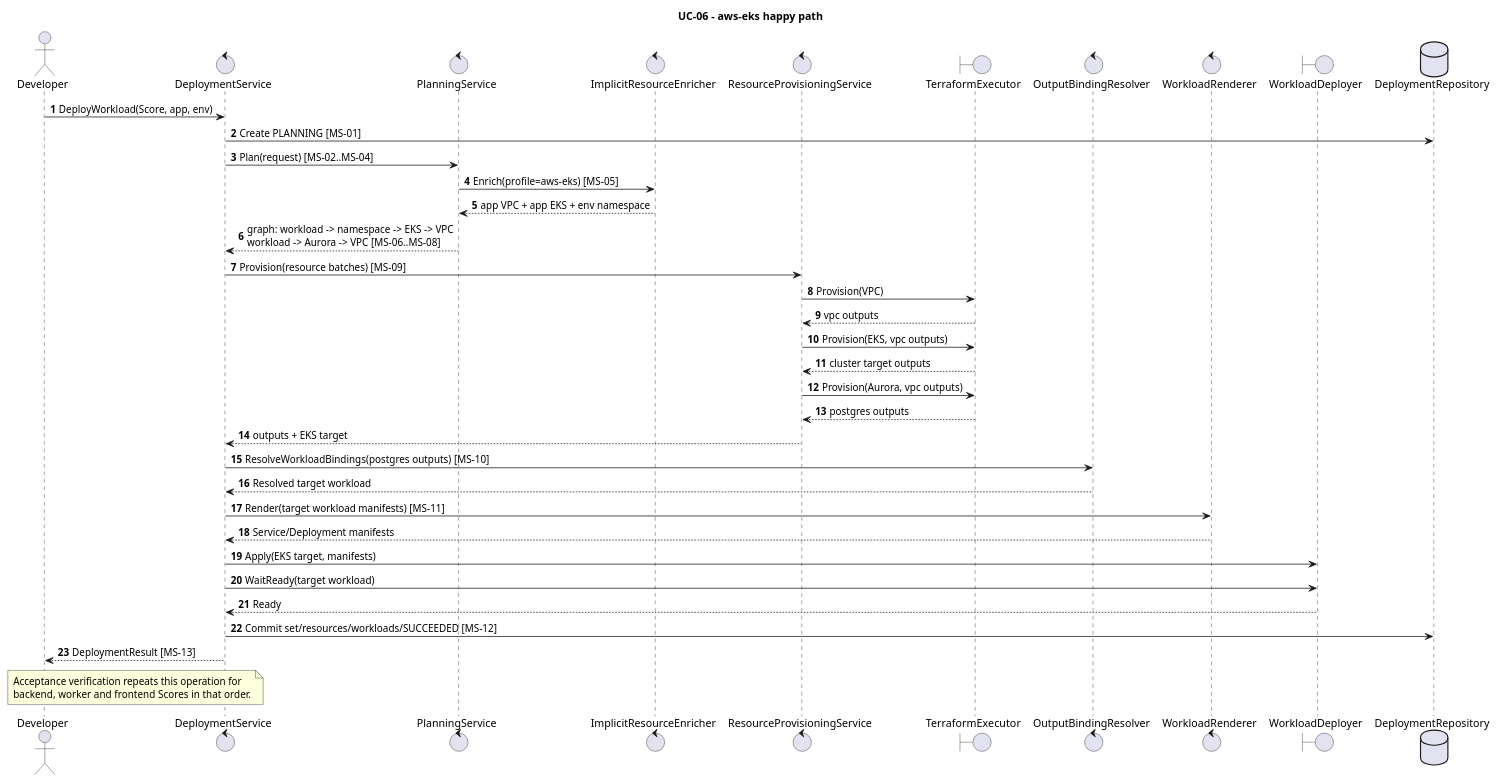
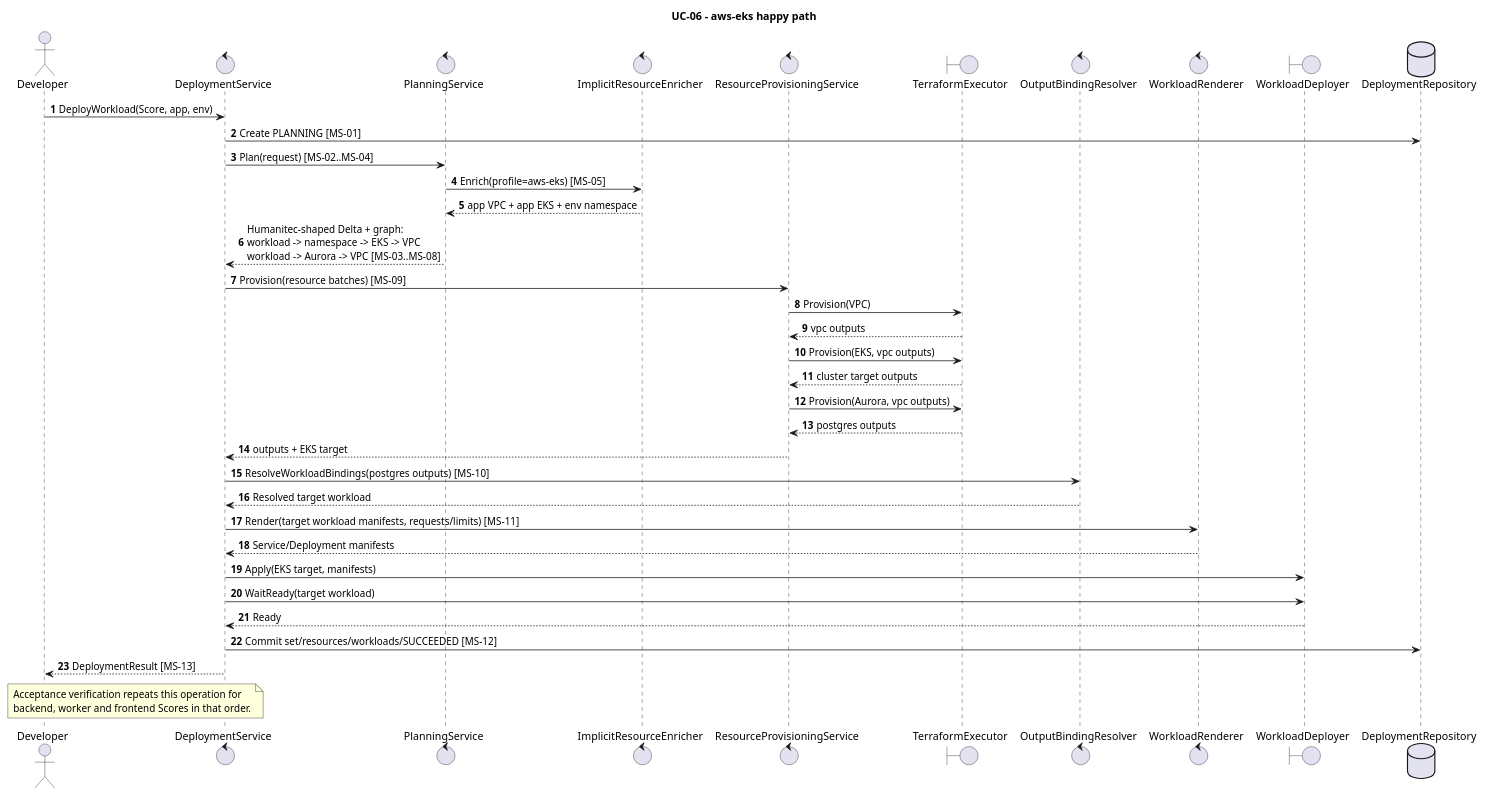
The diagram in orchestrator_docs/usecase/UC-06/sequence-cloud.puml (pr3s3nt/poc), drawn with PlantUML before and after one commit. The commit also changed 63 other files, not shown here.

```diff
--- a/orchestrator_docs/usecase/UC-06/sequence-cloud.puml
+++ b/orchestrator_docs/usecase/UC-06/sequence-cloud.puml
@@ -1,42 +1,42 @@
 @startuml
 title UC-06 - aws-eks happy path
 autonumber
 actor Developer
 control DeploymentService as Service
 control PlanningService as Planner
 control ImplicitResourceEnricher as Enricher
 control ResourceProvisioningService as Provisioner
 boundary TerraformExecutor as Terraform
 control OutputBindingResolver as Resolver
 control WorkloadRenderer as Renderer
 boundary WorkloadDeployer as K8s
 database DeploymentRepository as Repo
 
 Developer -> Service: DeployWorkload(Score, app, env)
 Service -> Repo: Create PLANNING [MS-01]
 Service -> Planner: Plan(request) [MS-02..MS-04]
 Planner -> Enricher: Enrich(profile=aws-eks) [MS-05]
 Enricher --> Planner: app VPC + app EKS + env namespace
-Planner --> Service: graph: workload -> namespace -> EKS -> VPC\nworkload -> Aurora -> VPC [MS-06..MS-08]
+Planner --> Service: Humanitec-shaped Delta + graph:\nworkload -> namespace -> EKS -> VPC\nworkload -> Aurora -> VPC [MS-03..MS-08]
 Service -> Provisioner: Provision(resource batches) [MS-09]
 Provisioner -> Terraform: Provision(VPC)
 Terraform --> Provisioner: vpc outputs
 Provisioner -> Terraform: Provision(EKS, vpc outputs)
 Terraform --> Provisioner: cluster target outputs
 Provisioner -> Terraform: Provision(Aurora, vpc outputs)
 Terraform --> Provisioner: postgres outputs
 Provisioner --> Service: outputs + EKS target
 Service -> Resolver: ResolveWorkloadBindings(postgres outputs) [MS-10]
 Resolver --> Service: Resolved target workload
-Service -> Renderer: Render(target workload manifests) [MS-11]
+Service -> Renderer: Render(target workload manifests, requests/limits) [MS-11]
 Renderer --> Service: Service/Deployment manifests
 Service -> K8s: Apply(EKS target, manifests)
 Service -> K8s: WaitReady(target workload)
 K8s --> Service: Ready
 Service -> Repo: Commit set/resources/workloads/SUCCEEDED [MS-12]
 Service --> Developer: DeploymentResult [MS-13]
 note over Developer, Service
 Acceptance verification repeats this operation for
 backend, worker and frontend Scores in that order.
 end note
 @enduml
```
